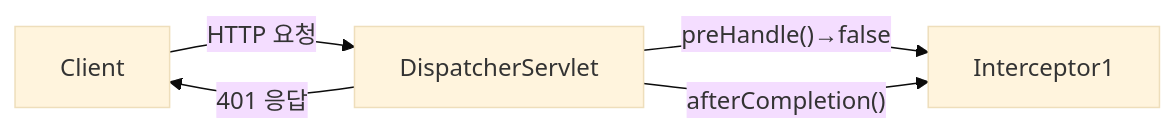
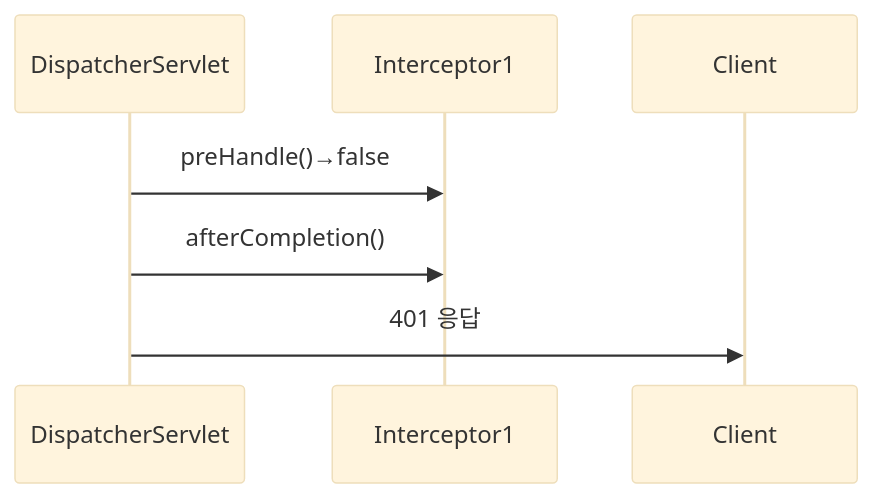
Before and after one commit to yjkim2015/yjkim2015.github.io: the fourth of 8 diagrams in _posts/spring/2026-05-02-spring-interceptor.md, drawn with Mermaid (base theme). The commit also changed other lines of this file and 89 other files, not shown here.

First line of the commit message:
복잡한 flowchart 163개 → sequenceDiagram 변환 (90파일)

````diff
--- a/_posts/spring/2026-05-02-spring-interceptor.md
+++ b/_posts/spring/2026-05-02-spring-interceptor.md
@@ -331,7 +330,6 @@
 ```mermaid
-graph LR
-    C["Client"] -->|"HTTP 요청"| DS["DispatcherServlet"]
-    DS -->|"preHandle()→false"| I1["Interceptor1"]
-    DS -->|"afterCompletion()"| I1
-    DS -->|"401 응답"| C
+sequenceDiagram
+    DispatcherServlet->>Interceptor1: preHandle()→false
+    DispatcherServlet->>Interceptor1: afterCompletion()
+    DispatcherServlet->>Client: 401 응답
 ```
````
